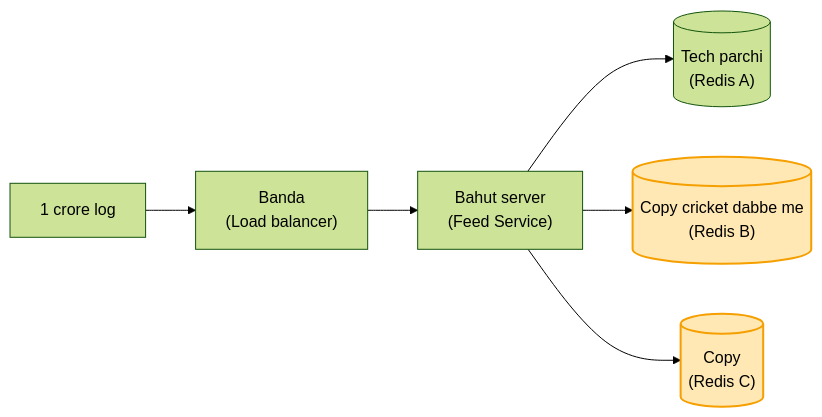
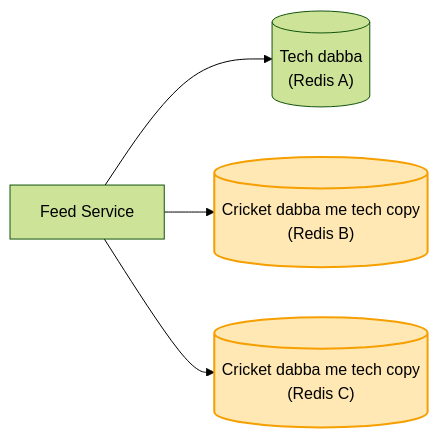
Before and after one commit to ArpanMaheshwari144/Prep: the ninth of 11 diagrams in 04_HLD/SYSTEM_DESIGNS/08_news_aggregator/08_news_aggregator.md, drawn with Mermaid (forest theme). The commit also changed other lines of this file and 17 other files, not shown here.

Commit message:
HLD: 17 main files hand notes se milaye (har block alag section, kahani + asli naam, mermaid), technical naam bhi rakhe

````diff
--- a/04_HLD/SYSTEM_DESIGNS/08_news_aggregator/08_news_aggregator.md
+++ b/04_HLD/SYSTEM_DESIGNS/08_news_aggregator/08_news_aggregator.md
@@ -129,10 +181,8 @@
 ```mermaid
 flowchart LR
-    A["1 crore log"] --> LB["Banda<br/>(Load balancer)"]
-    LB --> FS["Bahut server<br/>(Feed Service)"]
-    FS --> P1[("Tech parchi<br/>(Redis A)")]
-    FS --> P2[("Copy cricket dabbe me<br/>(Redis B)")]
-    FS --> P3[("Copy<br/>(Redis C)")]
-    style P2 fill:#ffe8b3,stroke:#f59f00,stroke-width:2px,color:#000
-    style P3 fill:#ffe8b3,stroke:#f59f00,stroke-width:2px,color:#000
+    F["Feed Service"] --> A[("Tech dabba<br/>(Redis A)")]
+    F --> B[("Cricket dabba me tech copy<br/>(Redis B)")]
+    F --> C[("Cricket dabba me tech copy<br/>(Redis C)")]
+    style B fill:#ffe8b3,stroke:#f59f00,stroke-width:2px,color:#000
+    style C fill:#ffe8b3,stroke:#f59f00,stroke-width:2px,color:#000
 ```
````
